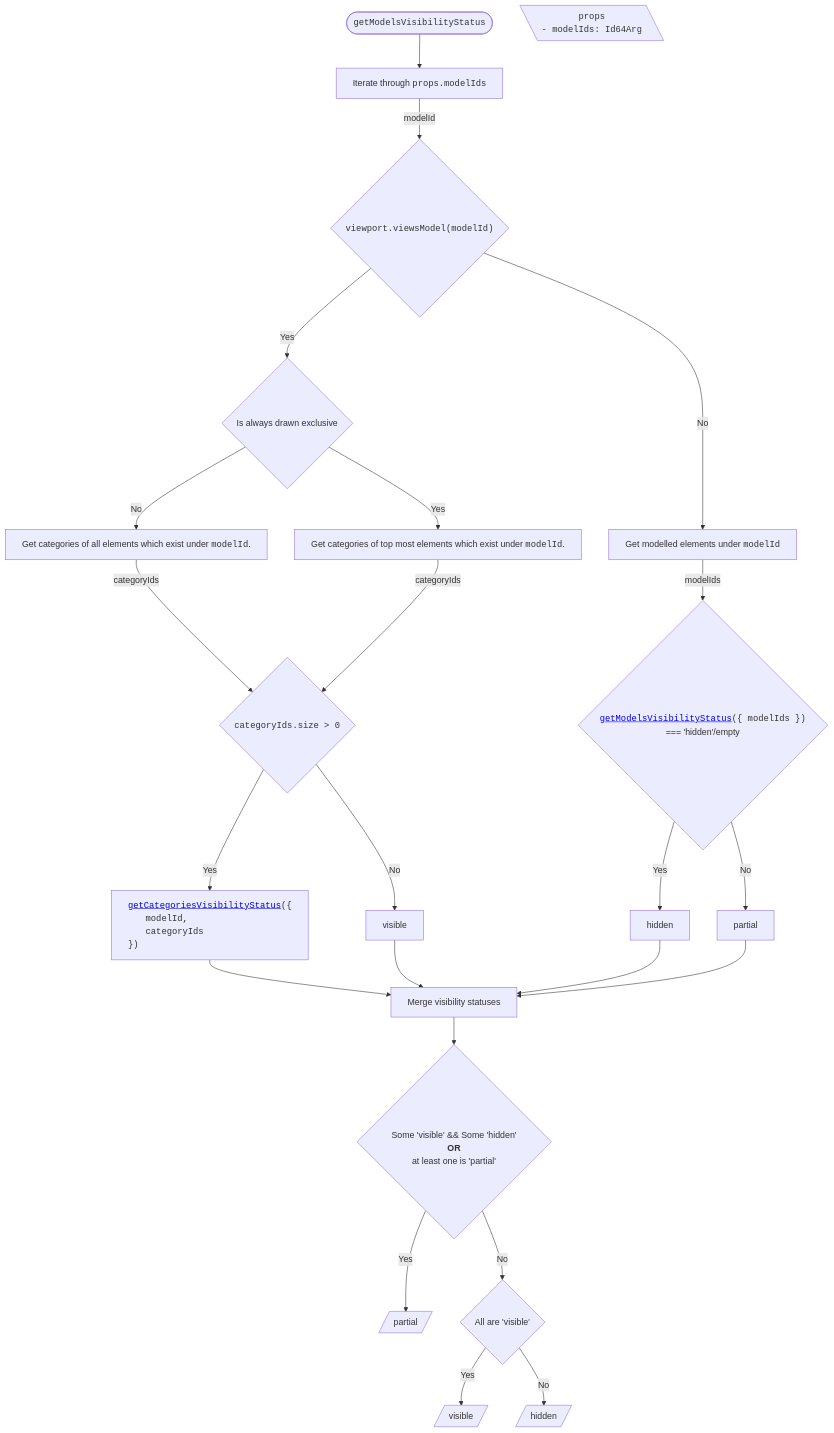
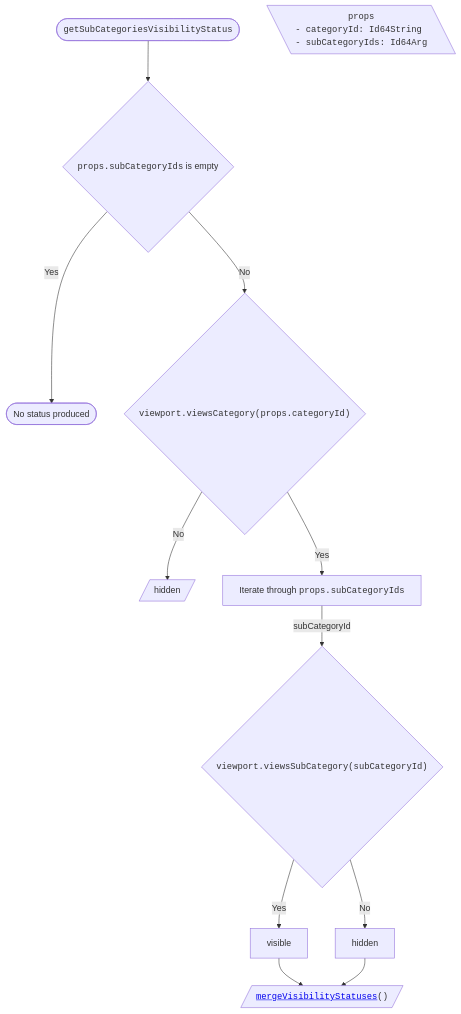
The second of 17 diagrams in packages/itwin/tree-widget/docs/SharedVisibilityHandling.md (iTwin/viewer-components-react), drawn with Mermaid before and after one commit. The commit also changed other lines of this file and 4 other files, not shown here.

First line of the commit message:
[Tree widget]: update mermaid diagrams on `next` (#1744)

````diff
--- a/packages/itwin/tree-widget/docs/SharedVisibilityHandling.md
+++ b/packages/itwin/tree-widget/docs/SharedVisibilityHandling.md
@@ -84,56 +72,30 @@
 ```mermaid
 ---
 config:
   flowchart:
     wrappingWidth: 750
     useMaxWidth: false
 ---
 
 flowchart TD
-  RESULT_Partial[/partial/]
-  RESULT_Visible[/visible/]
   RESULT_Hidden[/hidden/]
+  RESULT_Empty([No status produced])
 
   %% Start
-  TITLE(["<span style='font-family: monospace;'>getModelsVisibilityStatus</span>"]) --> A[Iterate through <span style='font-family: monospace;'>props.modelIds</span>]
+  TITLE(["<span style='font-family: monospace;'>getSubCategoriesVisibilityStatus</span>"]) --> A0{"<span style='font-family: monospace;'>props.subCategoryIds</span> is empty"}
 
   PROPS[\"
     <span style='font-family: monospace;'>props</span>
-    <span style='display: block; text-align: left; font-family: monospace;'>- modelIds: Id64Arg</span>
+    <span style='display: block; text-align: left; font-family: monospace;'>- categoryId: Id64String<br/>- subCategoryIds: Id64Arg</span>
   "\]
 
-  A -- modelId --> B{"<span style='font-family: monospace;'>viewport.viewsModel(modelId)</span>"}
-
-  %% Branch Yes
-  B -- Yes --> C1{Is always drawn exclusive}
-  C1 -- No --> C11[Get categories of all elements which exist under <span style='font-family: monospace;'>modelId</span>.]
-  C1 -- Yes --> C12[Get categories of top most elements which exist under <span style='font-family: monospace;'>modelId</span>.]
-  C11 -- categoryIds --> D0{<span style='font-family: monospace;'>categoryIds.size > 0</span>}
-  C12 -- categoryIds --> D0
-    D0 -- Yes --> D1["<div style='text-align: left; font-family: monospace;'><a href='#getcategoriesvisibilitystatus'>getCategoriesVisibilityStatus</a>({
-    <span style='padding-left: 2rem;'>modelId,</span>
-    <span style='padding-left: 2rem;'>categoryIds</span>
-    })</div>"]
-    D0 -- No --> E1[visible]
-
-  %% Branch No
-  B -- No --> C2[Get modelled elements under <span style='font-family: monospace;'>modelId</span>]
-  C2 -- modelIds --> D2{"<span style='font-family: monospace;'><a href='#getmodelsvisibilitystatus'>getModelsVisibilityStatus</a>({ modelIds })</span> <br/> === 'hidden'/empty"}
-    D2 -- Yes --> E2[hidden]
-    D2 -- No --> E3[partial]
-
-  %% Merge
-  D1 --> M[Merge visibility statuses]
-  E1 --> M
-  E2 --> M
-  E3 --> M
-
-  M --> N{<br/> Some 'visible' && Some 'hidden' <br/> <strong>OR</strong> <br/> at least one is 'partial'}
-
-  N -- Yes --> RESULT_Partial
-
-  N -- No --> O{All are 'visible'}
-
-  O -- Yes --> RESULT_Visible
-  O -- No --> RESULT_Hidden
+  A0 -- Yes --> RESULT_Empty
+  A0 -- No --> A{"<span style='font-family: monospace;'>viewport.viewsCategory(props.categoryId)</span>"}
+  A -- No --> RESULT_Hidden
+  A -- Yes --> B["Iterate through <span style='font-family: monospace;'>props.subCategoryIds</span>"]
+  B -- subCategoryId --> C{"<span style='font-family: monospace;'>viewport.viewsSubCategory(subCategoryId)</span>"}
+  C -- Yes --> D1[visible]
+  C -- No --> D2[hidden]
+  D1 --> M[/"<span style='font-family: monospace;'><a href='#mergevisibilitystatuses'>mergeVisibilityStatuses</a>()</span>"/]
+  D2 --> M
 ```
````
